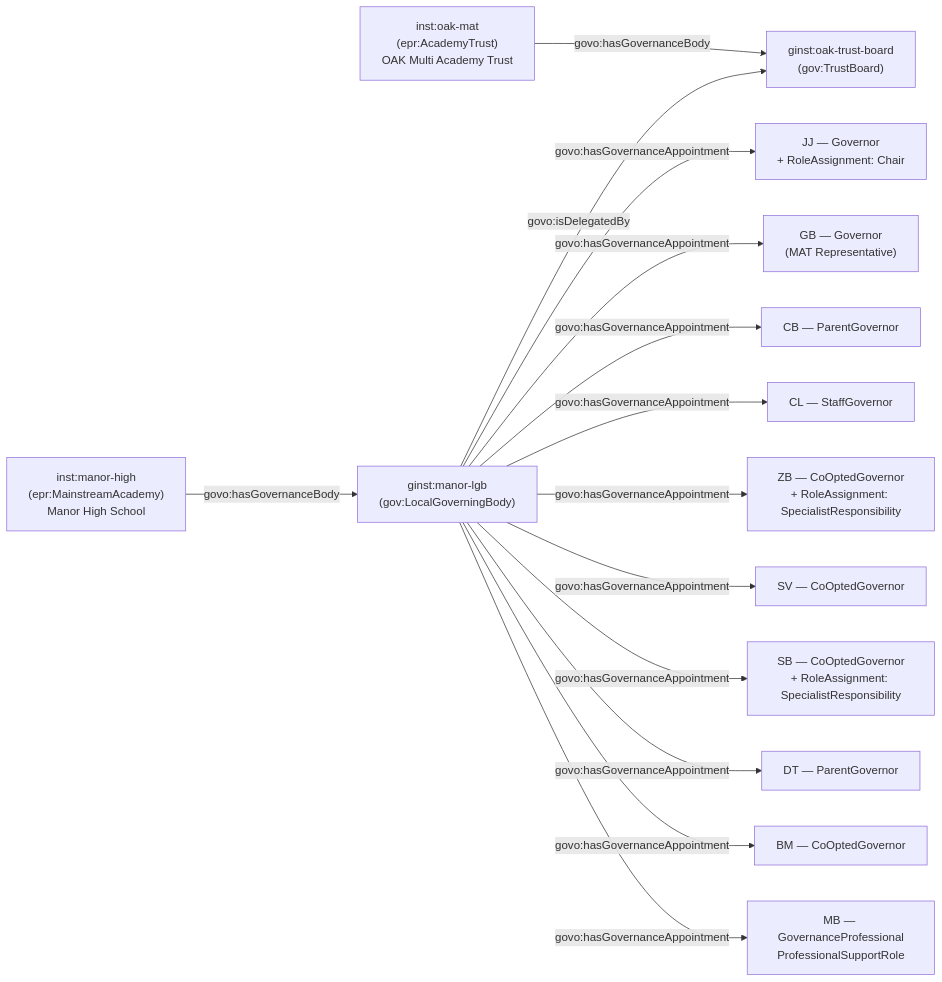
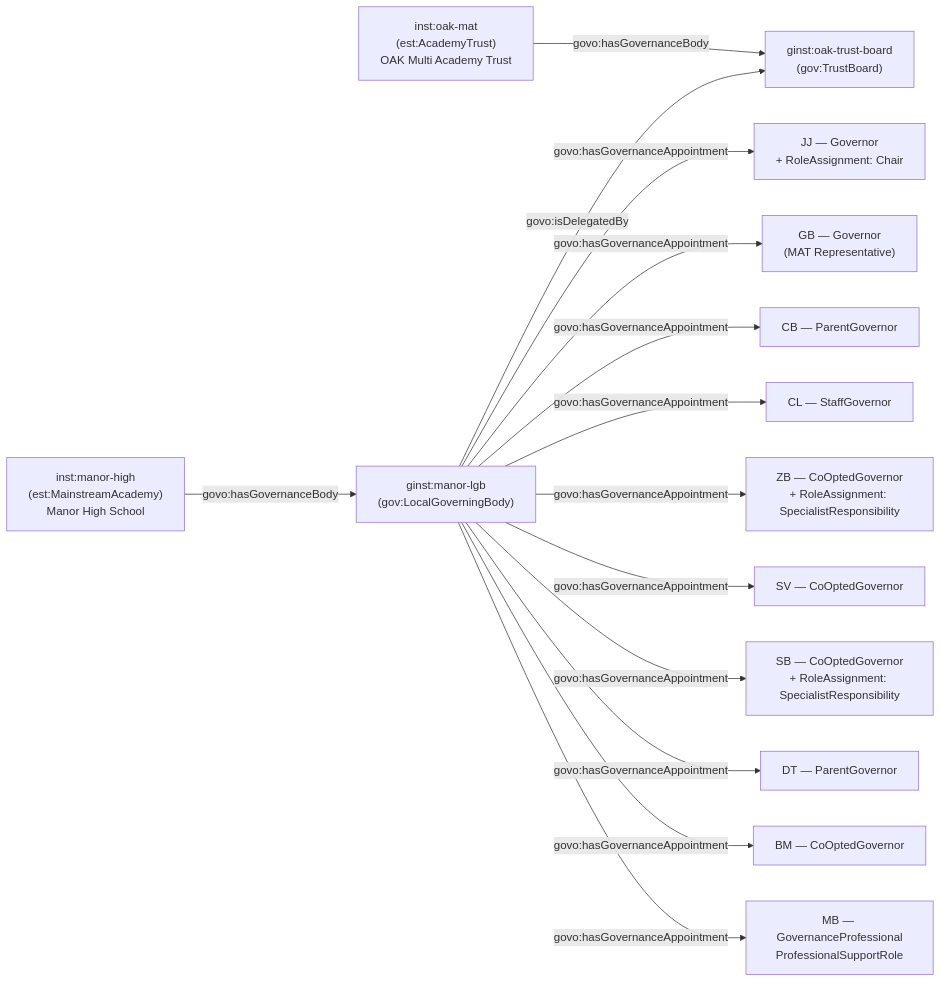
One commit to DFE-Digital/education-provider-registry-docs changed the second of 2 diagrams in docs-site/content/models/governance/worked-examples/manor-high/index.md. Above: the diagram before and after it, drawn with Mermaid. The commit also changed other lines of this file and 42 other files, not shown here.

````diff
--- a/docs-site/content/models/governance/worked-examples/manor-high/index.md
+++ b/docs-site/content/models/governance/worked-examples/manor-high/index.md
@@ -84,22 +84,22 @@
 ```mermaid
 flowchart LR
-    AT["inst:oak-mat<br/>(epr:AcademyTrust)<br/>OAK Multi Academy Trust"]
-    S["inst:manor-high<br/>(epr:MainstreamAcademy)<br/>Manor High School"]
+    AT["inst:oak-mat<br/>(est:AcademyTrust)<br/>OAK Multi Academy Trust"]
+    S["inst:manor-high<br/>(est:MainstreamAcademy)<br/>Manor High School"]
     TB["ginst:oak-trust-board<br/>(gov:TrustBoard)"]
     LGB["ginst:manor-lgb<br/>(gov:LocalGoverningBody)"]
 
     AT -->|govo:hasGovernanceBody| TB
     LGB -->|govo:isDelegatedBy| TB
     S -->|govo:hasGovernanceBody| LGB
 
     LGB -->|govo:hasGovernanceAppointment| G1["JJ — Governor<br/>+ RoleAssignment: Chair"]
     LGB -->|govo:hasGovernanceAppointment| G2["GB — Governor<br/>(MAT Representative)"]
     LGB -->|govo:hasGovernanceAppointment| G3["CB — ParentGovernor"]
     LGB -->|govo:hasGovernanceAppointment| G4["CL — StaffGovernor"]
     LGB -->|govo:hasGovernanceAppointment| G5["ZB — CoOptedGovernor<br/>+ RoleAssignment: SpecialistResponsibility"]
     LGB -->|govo:hasGovernanceAppointment| G6["SV — CoOptedGovernor"]
     LGB -->|govo:hasGovernanceAppointment| G7["SB — CoOptedGovernor<br/>+ RoleAssignment: SpecialistResponsibility"]
     LGB -->|govo:hasGovernanceAppointment| G8["DT — ParentGovernor"]
     LGB -->|govo:hasGovernanceAppointment| G9["BM — CoOptedGovernor"]
     LGB -->|govo:hasGovernanceAppointment| P1["MB — GovernanceProfessional<br/>ProfessionalSupportRole"]
 ```
````
